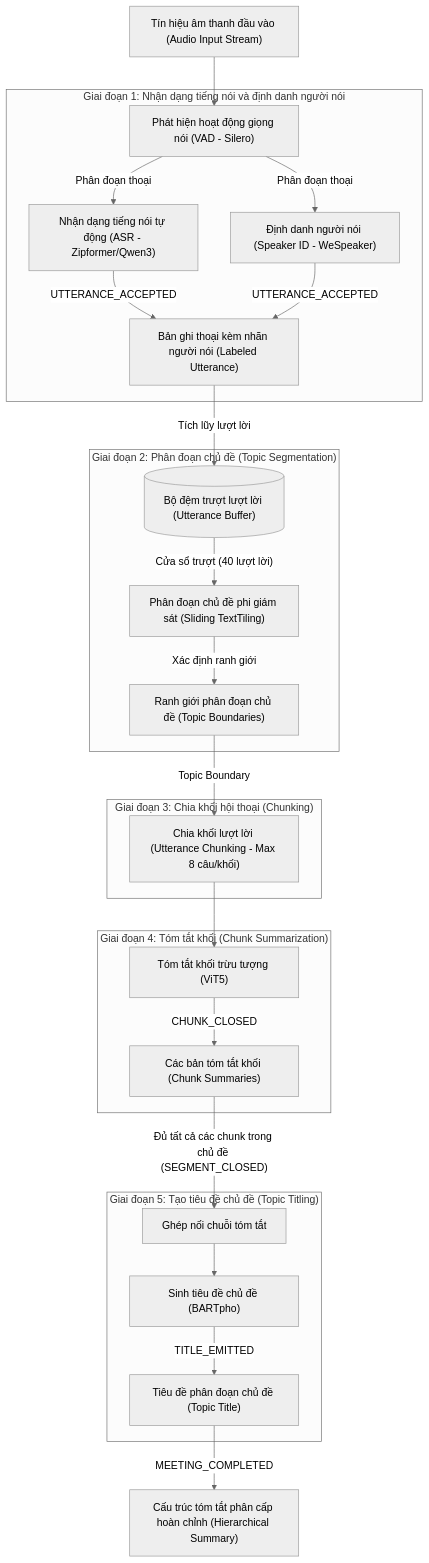
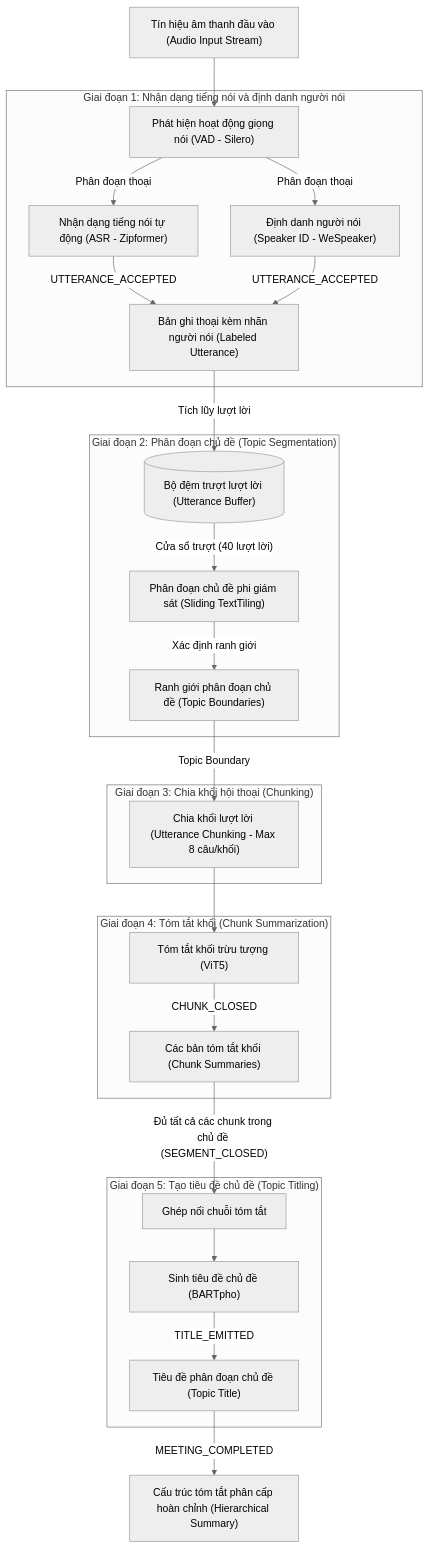
The first of 3 diagrams in report_compilation/Khoa_luan_Streaming_Meeting_Summary_hoan_chinh.md (quangkmhd/AIP491_G5_SU26_hierarchical-highlights-summarizer), drawn with Mermaid (neutral theme) before and after one commit. The commit also changed other lines of this file and 1 other file, not shown here.

````diff
--- a/report_compilation/Khoa_luan_Streaming_Meeting_Summary_hoan_chinh.md
+++ b/report_compilation/Khoa_luan_Streaming_Meeting_Summary_hoan_chinh.md
@@ -79,36 +79,36 @@
 ```mermaid
 graph TD
     %% Input Stream
     Audio["Tín hiệu âm thanh đầu vào (Audio Input Stream)"] --> VAD["Phát hiện hoạt động giọng nói (VAD - Silero)"]
 
     subgraph Stage1["Giai đoạn 1: Nhận dạng tiếng nói và định danh người nói"]
-        VAD -->|"Phân đoạn thoại"| ASR["Nhận dạng tiếng nói tự động (ASR - Zipformer/Qwen3)"]
+        VAD -->|"Phân đoạn thoại"| ASR["Nhận dạng tiếng nói tự động (ASR - Zipformer)"]
         VAD -->|"Phân đoạn thoại"| Speaker["Định danh người nói (Speaker ID - WeSpeaker)"]
         ASR -->|UTTERANCE_ACCEPTED| Utterance["Bản ghi thoại kèm nhãn người nói (Labeled Utterance)"]
         Speaker -->|UTTERANCE_ACCEPTED| Utterance
     end
 
     Utterance -->|"Tích lũy lượt lời"| Buffer[("Bộ đệm trượt lượt lời (Utterance Buffer)")]
 
     subgraph Stage2["Giai đoạn 2: Phân đoạn chủ đề (Topic Segmentation)"]
         Buffer -->|"Cửa sổ trượt (40 lượt lời)"| Tiler["Phân đoạn chủ đề phi giám sát (Sliding TextTiling)"]
         Tiler -->|"Xác định ranh giới"| Boundaries["Ranh giới phân đoạn chủ đề (Topic Boundaries)"]
     end
 
     subgraph Stage3["Giai đoạn 3: Chia khối hội thoại (Chunking)"]
         Boundaries -->|"Topic Boundary"| Chunking["Chia khối lượt lời (Utterance Chunking - Max 8 câu/khối)"]
     end
 
     subgraph Stage4["Giai đoạn 4: Tóm tắt khối (Chunk Summarization)"]
         Chunking --> ViT5["Tóm tắt khối trừu tượng (ViT5)"]
         ViT5 -->|CHUNK_CLOSED| Summaries["Các bản tóm tắt khối (Chunk Summaries)"]
     end
 
     subgraph Stage5["Giai đoạn 5: Tạo tiêu đề chủ đề (Topic Titling)"]
         Summaries -->|"Đủ tất cả các chunk trong chủ đề (SEGMENT_CLOSED)"| Concat["Ghép nối chuỗi tóm tắt"]
         Concat --> BARTpho["Sinh tiêu đề chủ đề (BARTpho)"]
         BARTpho -->|TITLE_EMITTED| Title["Tiêu đề phân đoạn chủ đề (Topic Title)"]
     end
 
     Title -->|MEETING_COMPLETED| Output["Cấu trúc tóm tắt phân cấp hoàn chỉnh (Hierarchical Summary)"]
 ```
````
